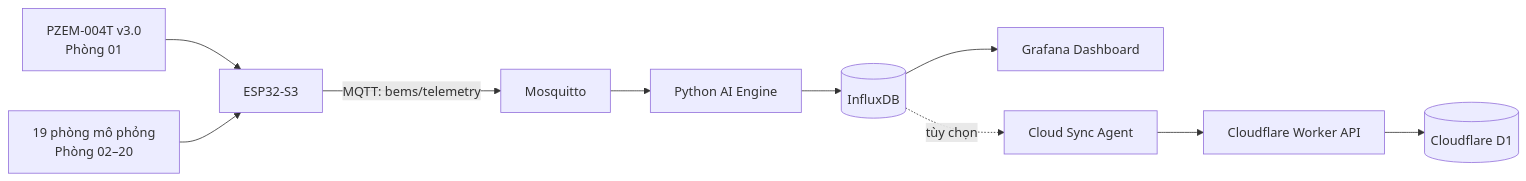
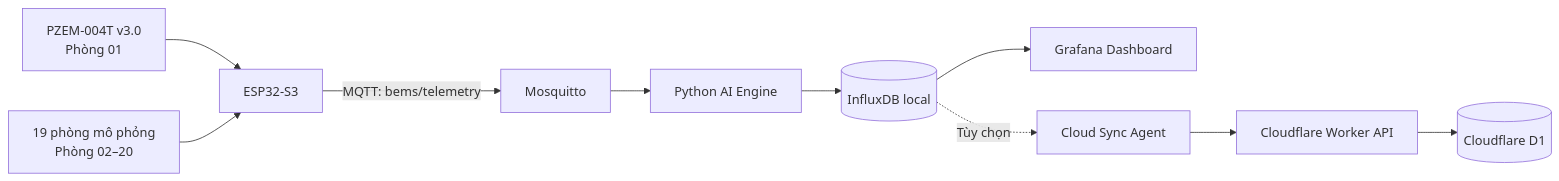
One commit to ThuHime/BEMS-AIoT-Hybrid changed the diagram in README.md. Above: the diagram before and after it, drawn with Mermaid. The commit also changed other lines of this file, not shown here.

````diff
--- a/README.md
+++ b/README.md
@@ -24,12 +37,12 @@
 ```mermaid
 flowchart LR
-    PZEM[ PZEM-004T v3.0<br/>Phòng 01 ] --> ESP[ ESP32-S3 ]
-    SIM[ 19 phòng mô phỏng<br/>Phòng 02–20 ] --> ESP
-    ESP -->|MQTT: bems/telemetry| MQTT[ Mosquitto ]
-    MQTT --> AI[ Python AI Engine ]
-    AI --> DB[(InfluxDB)]
-    DB --> G[ Grafana Dashboard ]
-    DB -. tùy chọn .-> SYNC[ Cloud Sync Agent ]
-    SYNC --> WORKER[ Cloudflare Worker API ]
-    WORKER --> D1[(Cloudflare D1)]
+    PZEM["PZEM-004T v3.0<br/>Phòng 01"] --> ESP["ESP32-S3"]
+    SIM["19 phòng mô phỏng<br/>Phòng 02–20"] --> ESP
+    ESP -->|"MQTT: bems/telemetry"| MQTT["Mosquitto"]
+    MQTT --> AI["Python AI Engine"]
+    AI --> DB[("InfluxDB local")]
+    DB --> G["Grafana Dashboard"]
+    DB -. "Tùy chọn" .-> SYNC["Cloud Sync Agent"]
+    SYNC --> WORKER["Cloudflare Worker API"]
+    WORKER --> D1[("Cloudflare D1")]
 ```
````
